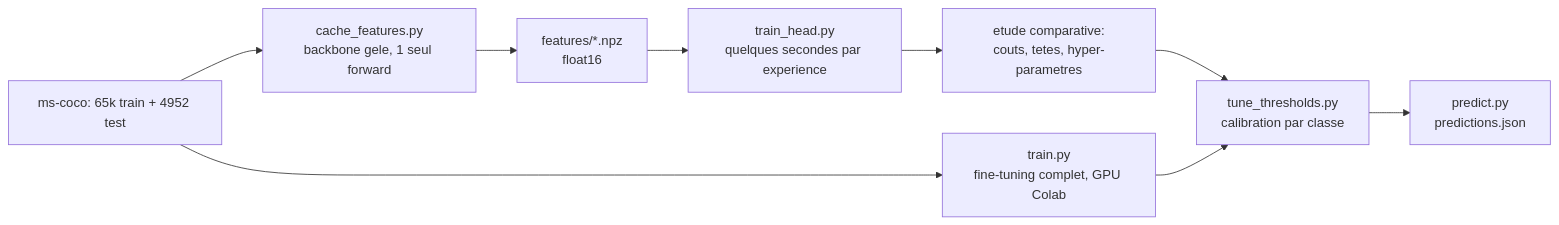
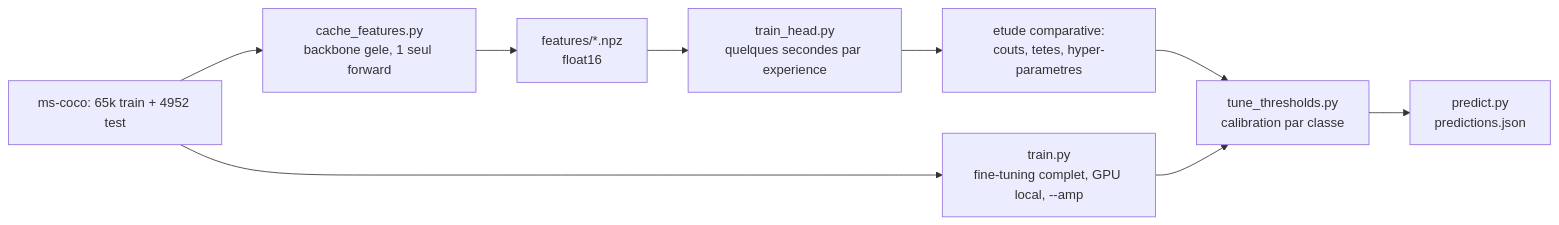
The diagram in docs/04-programme-entrainement.md (proche0/IAV_MS_COCO), drawn with Mermaid before and after one commit. The commit also changed other lines of this file and 10 other files, not shown here.

````diff
--- a/docs/04-programme-entrainement.md
+++ b/docs/04-programme-entrainement.md
@@ -33,11 +35,11 @@
 ```mermaid
 flowchart LR
     A["ms-coco: 65k train + 4952 test"] --> B["cache_features.py<br/>backbone gele, 1 seul forward"]
     B --> C["features/*.npz<br/>float16"]
     C --> D["train_head.py<br/>quelques secondes par experience"]
     D --> E["etude comparative:<br/>couts, tetes, hyper-parametres"]
-    A --> F["train.py<br/>fine-tuning complet, GPU Colab"]
+    A --> F["train.py<br/>fine-tuning complet, GPU local, --amp"]
     E --> G["tune_thresholds.py<br/>calibration par classe"]
     F --> G
     G --> H["predict.py<br/>predictions.json"]
 ```
````
